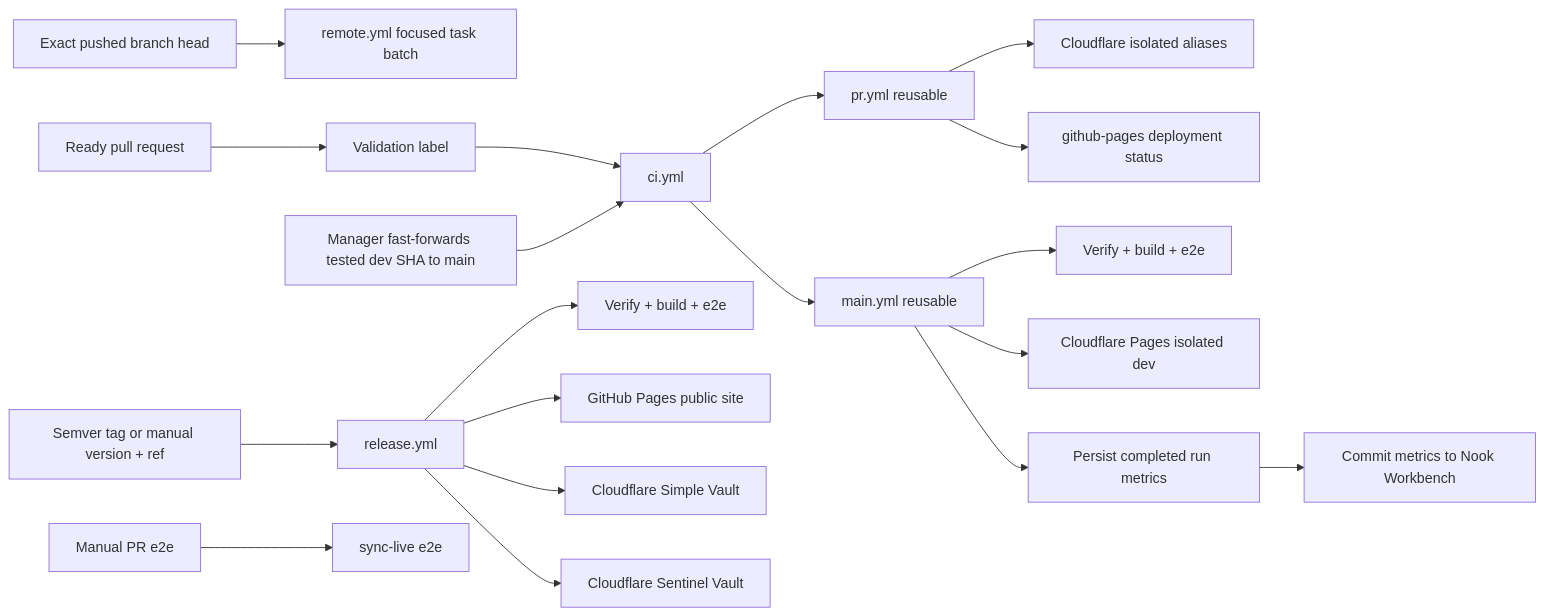
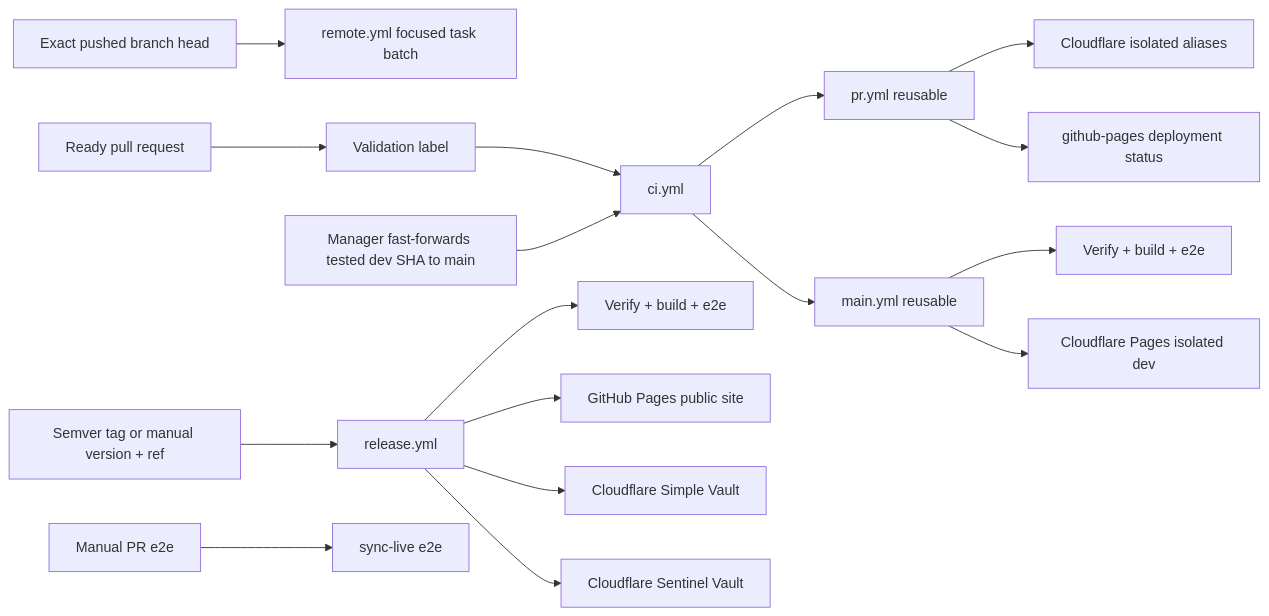
The diagram in .cortex/teams/sre/workflows/ci-pipeline.md (meta-secret/nook), drawn with Mermaid before and after one commit. The commit also changed other lines of this file and 15 other files, not shown here.

Commit message:
sre: remove main build stats publication

````diff
--- a/.cortex/teams/sre/workflows/ci-pipeline.md
+++ b/.cortex/teams/sre/workflows/ci-pipeline.md
@@ -148,25 +141,22 @@
 ```mermaid
 flowchart LR
   branch[Exact pushed branch head] --> remote_yml[remote.yml focused task batch]
   PR[Ready pull request] --> label[Validation label]
   label --> ci_yml[ci.yml]
   ci_yml --> pr_yml[pr.yml reusable]
   pr_yml --> preview[Cloudflare isolated aliases]
   pr_yml --> pr_deployment[github-pages deployment status]
 
   merge[Manager fast-forwards tested dev SHA to main] --> ci_yml
   ci_yml --> main_yml[main.yml reusable]
   main_yml --> main_verify[Verify + build + e2e]
   main_yml --> cf_dev[Cloudflare Pages isolated dev]
-  main_yml --> main_stats[Persist completed run metrics]
-  main_stats --> workbench_stats[Commit metrics to Nook Workbench]
-
   release[Semver tag or manual version + ref] --> release_yml[release.yml]
   release_yml --> release_verify[Verify + build + e2e]
   release_yml --> pages[GitHub Pages public site]
   release_yml --> simple_cf[Cloudflare Simple Vault]
   release_yml --> sentinel_cf[Cloudflare Sentinel Vault]
 
   manual_e2e[Manual PR e2e] --> e2e_live[sync-live e2e]
 
 ```
````
